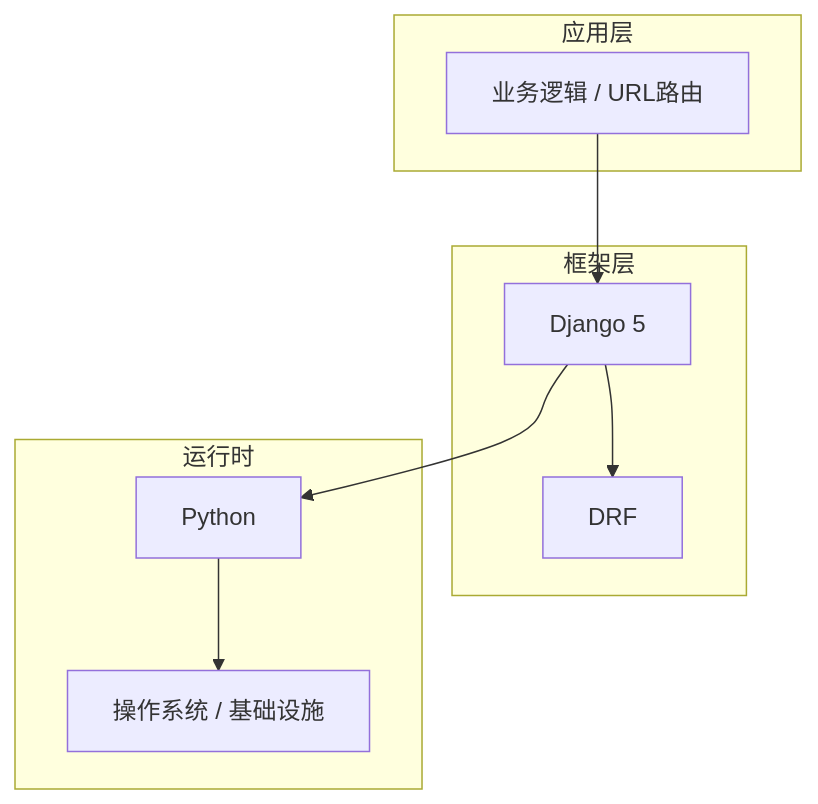
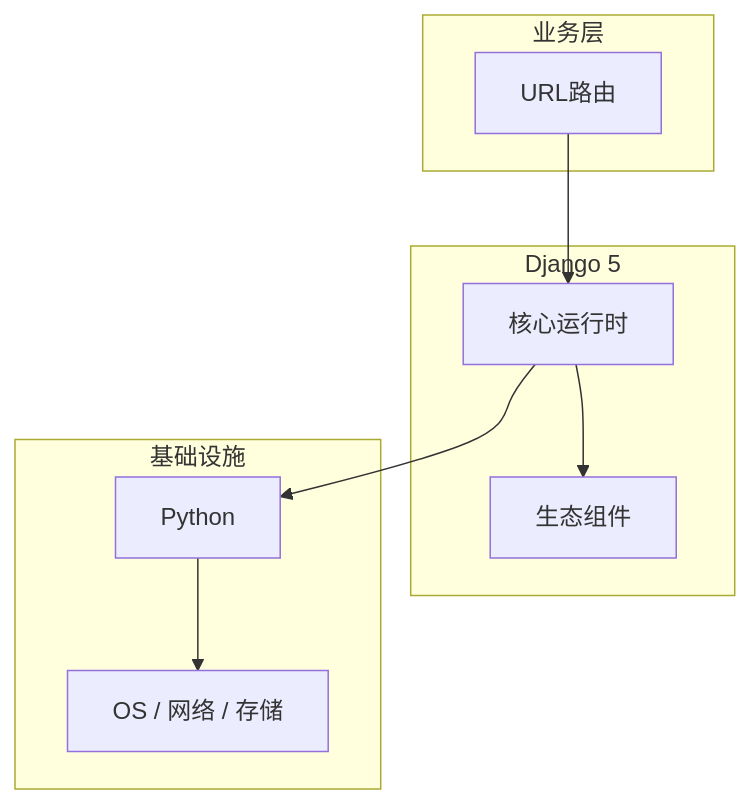
The diagram in articles/Django/chapters/013-URL路由核心概念与原理.md (yanggan2015/knowledge-json-v2), drawn with Mermaid before and after one commit. The commit also changed other lines of this file and 10127 other files, not shown here.

````diff
--- a/articles/Django/chapters/013-URL路由核心概念与原理.md
+++ b/articles/Django/chapters/013-URL路由核心概念与原理.md
@@ -45,18 +34,18 @@
 ```mermaid
 graph TB
-    subgraph 应用层
-        A[业务逻辑 / URL路由]
+    subgraph 业务层
+        A[URL路由]
     end
-    subgraph 框架层
-        B[Django 5]
-        C[DRF]
+    subgraph Django 5
+        B[核心运行时]
+        C[生态组件]
     end
-    subgraph 运行时
+    subgraph 基础设施
         D[Python]
-        E[操作系统 / 基础设施]
+        E[OS / 网络 / 存储]
     end
     A --> B
     B --> C
     B --> D
     D --> E
 ```
````
